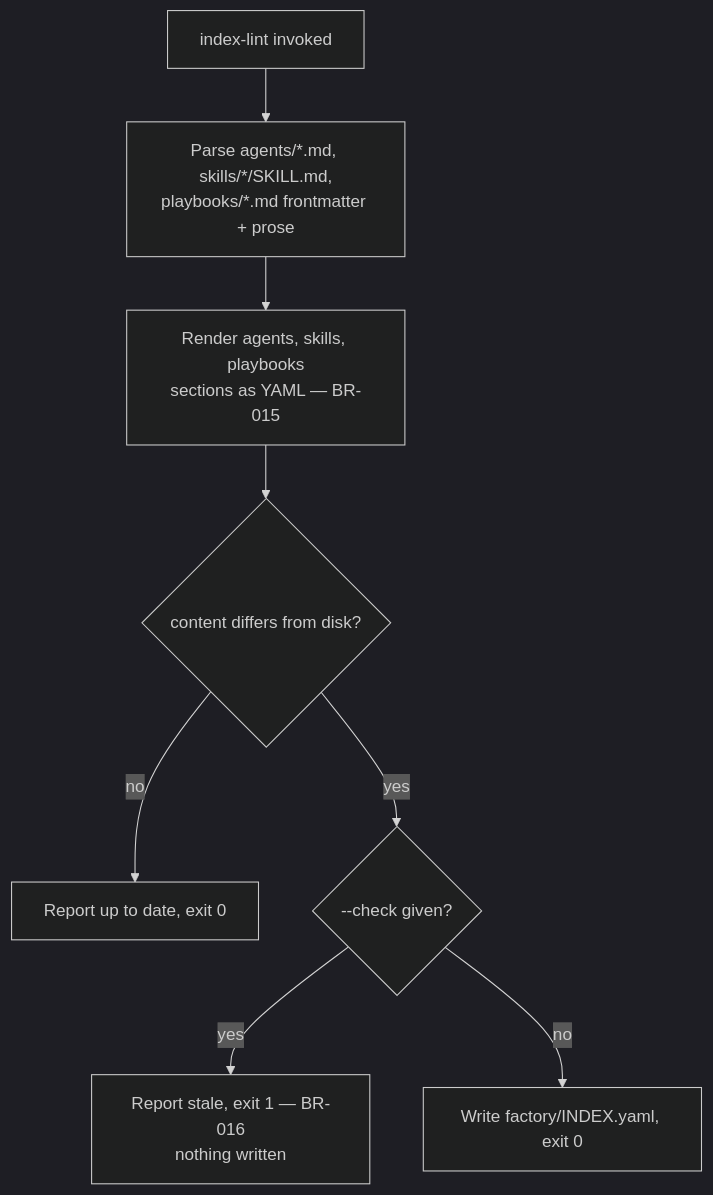
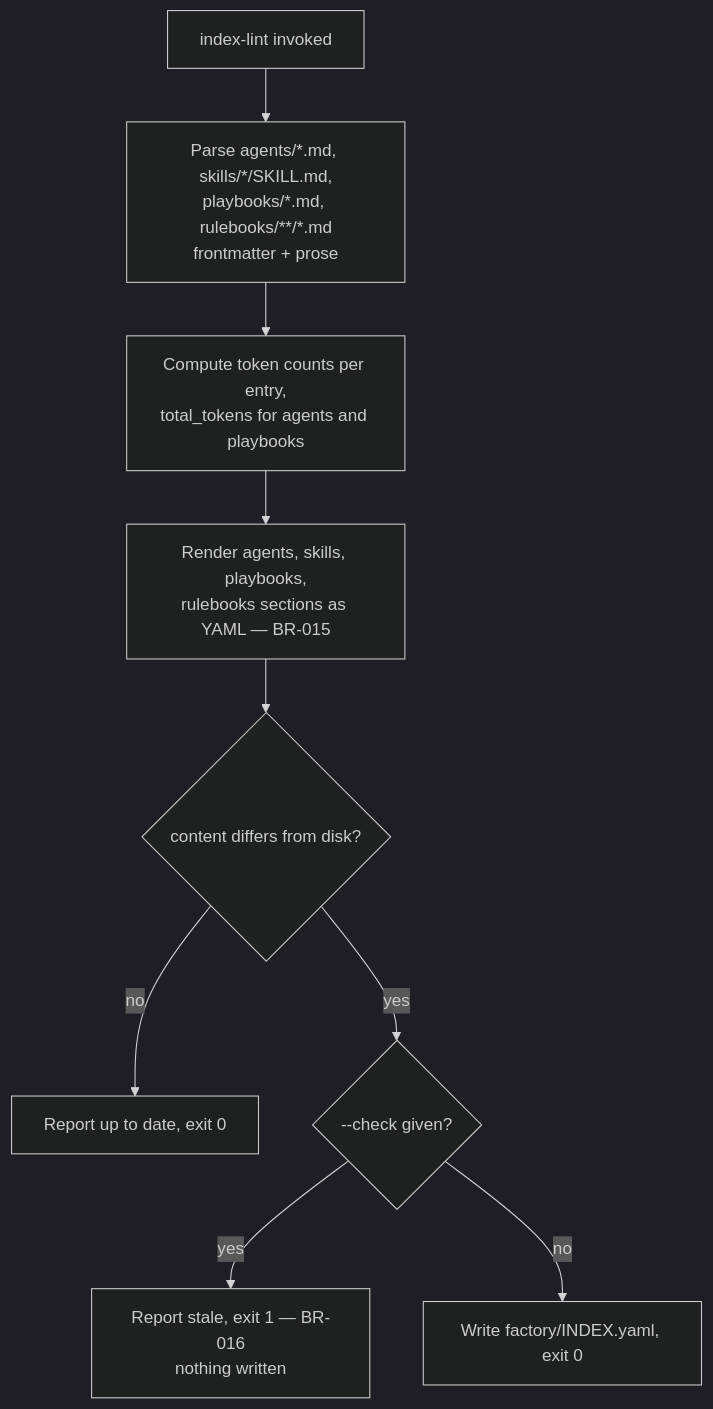
Before and after one commit to matthiasdaues/agent_factory: the diagram in docs/spec/use_cases/UC-06-regenerate-the-catalog.md, drawn with Mermaid (dark theme). The commit also changed other lines of this file and 10 other files, not shown here.

First line of the commit message:
docs: reconcile spec and architecture with token budget feature

````diff
--- a/docs/spec/use_cases/UC-06-regenerate-the-catalog.md
+++ b/docs/spec/use_cases/UC-06-regenerate-the-catalog.md
@@ -58,10 +60,11 @@
 ```mermaid
 flowchart TD
-    A[index-lint invoked] --> B[Parse agents/*.md, skills/*/SKILL.md,<br/>playbooks/*.md frontmatter + prose]
-    B --> C[Render agents, skills, playbooks<br/>sections as YAML — BR-015]
-    C --> D{content differs from disk?}
-    D -->|no| E[Report up to date, exit 0]
-    D -->|yes| F{--check given?}
-    F -->|yes| G[Report stale, exit 1 — BR-016<br/>nothing written]
-    F -->|no| H[Write factory/INDEX.yaml, exit 0]
+    A[index-lint invoked] --> B[Parse agents/*.md, skills/*/SKILL.md,<br/>playbooks/*.md, rulebooks/**/*.md<br/>frontmatter + prose]
+    B --> C[Compute token counts per entry,<br/>total_tokens for agents and playbooks]
+    C --> D[Render agents, skills, playbooks,<br/>rulebooks sections as YAML — BR-015]
+    D --> E{content differs from disk?}
+    E -->|no| F[Report up to date, exit 0]
+    E -->|yes| G{--check given?}
+    G -->|yes| H[Report stale, exit 1 — BR-016<br/>nothing written]
+    G -->|no| I[Write factory/INDEX.yaml, exit 0]
 ```
````
